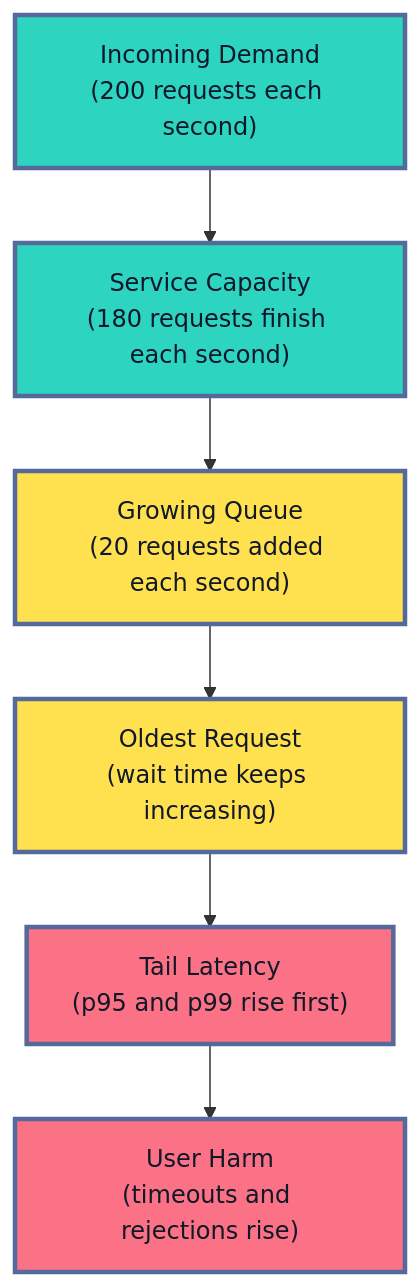
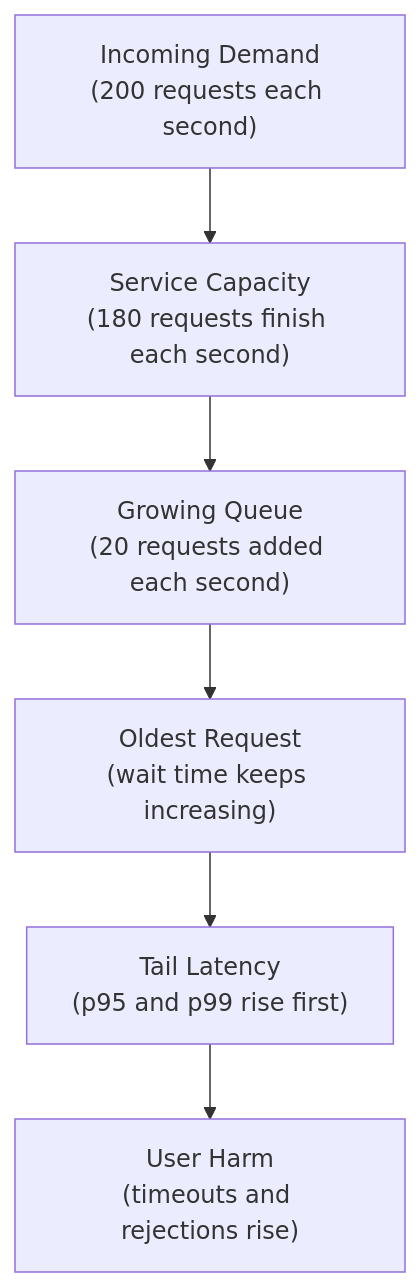
One commit to senlinyy/dev-roadmaps changed the fifth of 11 diagrams in roadmaps/mlops/modules/monitoring-and-feedback/system-observability/01-monitoring-latency-errors-resources.md. Above: the diagram before and after it, drawn with Mermaid. The commit also changed other lines of this file and 152 other files, not shown here.

Commit message:
feat: mlops and diagrams updated

````diff
--- a/roadmaps/mlops/modules/monitoring-and-feedback/system-observability/01-monitoring-latency-errors-resources.md
+++ b/roadmaps/mlops/modules/monitoring-and-feedback/system-observability/01-monitoring-latency-errors-resources.md
@@ -379,15 +340,12 @@
 ```mermaid
 flowchart TD
     A["Incoming Demand<br/>(200 requests each second)"] --> B["Service Capacity<br/>(180 requests finish each second)"]
     B --> C["Growing Queue<br/>(20 requests added each second)"]
     C --> D["Oldest Request<br/>(wait time keeps increasing)"]
     D --> E["Tail Latency<br/>(p95 and p99 rise first)"]
     E --> F["User Harm<br/>(timeouts and rejections rise)"]
 
-    classDef healthy fill:#2DD4BF,stroke:#536A9A,stroke-width:3px,color:#0F172A
-    classDef warning fill:#FFE04F,stroke:#536A9A,stroke-width:3px,color:#111827
-    classDef impact fill:#FB7185,stroke:#536A9A,stroke-width:3px,color:#111827
     class A,B healthy
     class C,D warning
     class E,F impact
 ```
````
